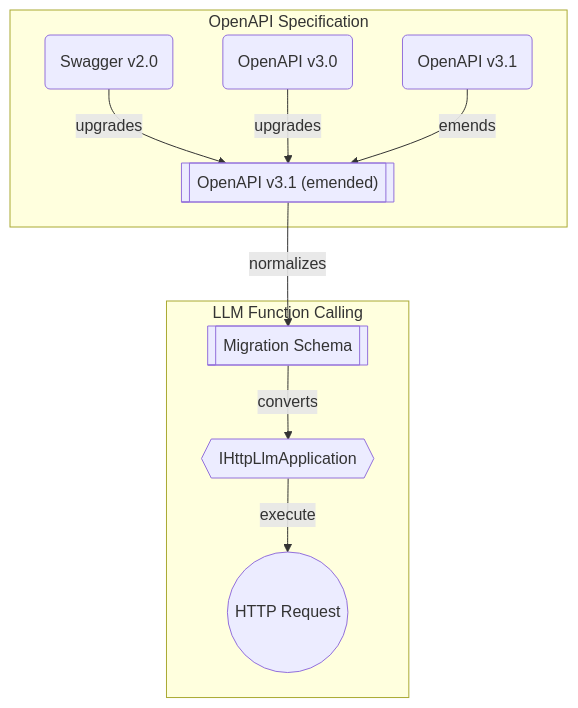
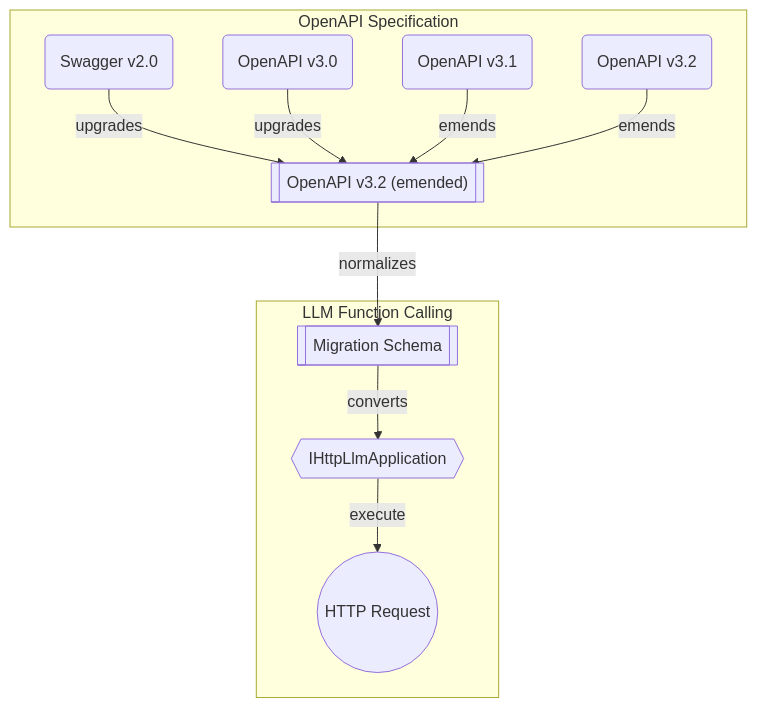
Before and after one commit to samchon/typia: the diagram in website/src/content/docs/llm/http.mdx, drawn with Mermaid. The commit also changed other lines of this file, not shown here.

Commit message:
Potential fix for pull request finding

````diff
--- a/website/src/content/docs/llm/http.mdx
+++ b/website/src/content/docs/llm/http.mdx
@@ -70,13 +70,14 @@
 ```mermaid
 flowchart
   subgraph "OpenAPI Specification"
-    v20("Swagger v2.0") --upgrades--> emended[["OpenAPI v3.1 (emended)"]]
+    v20("Swagger v2.0") --upgrades--> emended[["OpenAPI v3.2 (emended)"]]
     v30("OpenAPI v3.0") --upgrades--> emended
     v31("OpenAPI v3.1") --emends--> emended
+    v32("OpenAPI v3.2") --emends--> emended
   end
   subgraph "LLM Function Calling"
     emended --normalizes--> migration[["Migration Schema"]]
     migration --converts--> app{{"IHttpLlmApplication"}}
     app --execute--> fetch(("HTTP Request"))
   end
 ```
````
